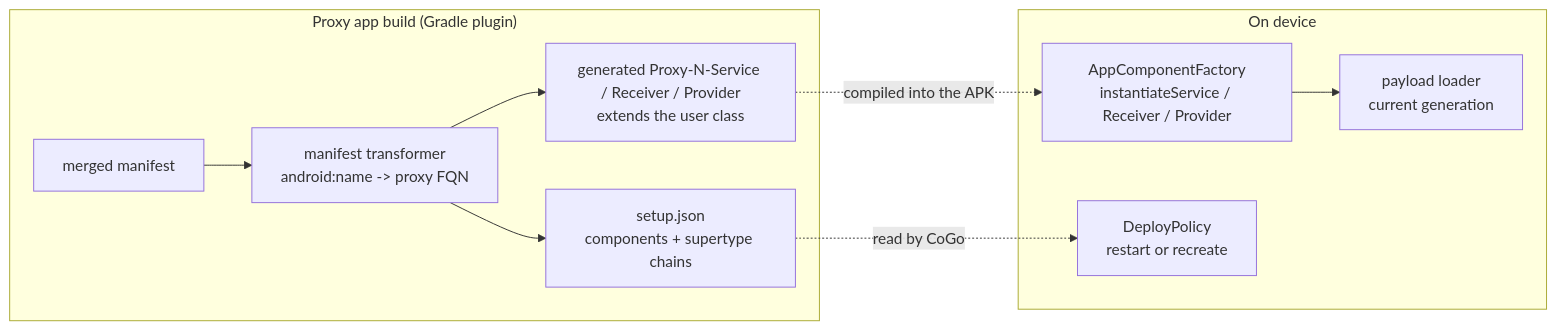
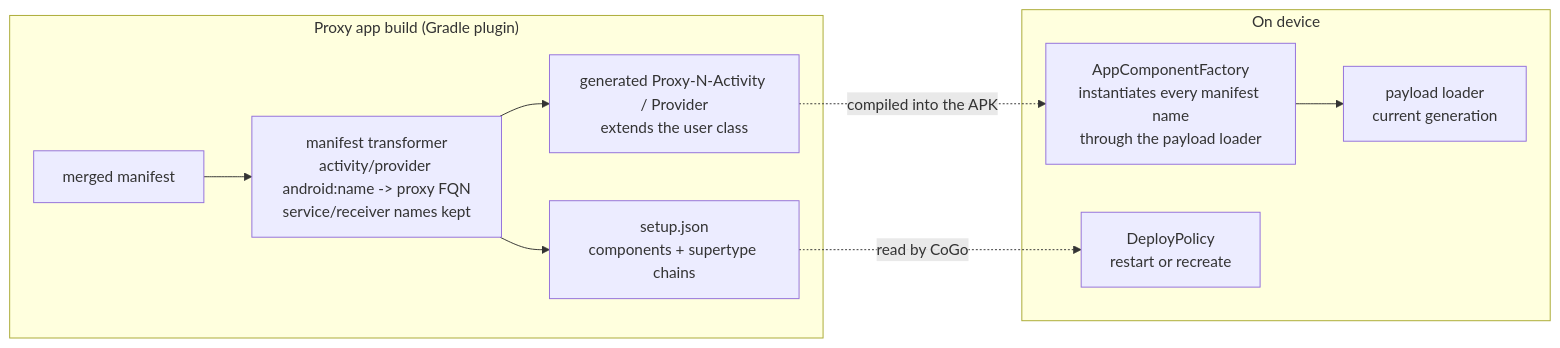
One commit to appdevforall/CodeOnTheGo changed the first of 2 diagrams in quickbuild/docs/component-proxying-design.md. Above: the diagram before and after it, drawn with Mermaid. The commit also changed other lines of this file and 38 other files, not shown here.

First line of the commit message:
ADFA-4128 (10/11): gradle-plugin — generating the proxy app (#1722)

````diff
--- a/quickbuild/docs/component-proxying-design.md
+++ b/quickbuild/docs/component-proxying-design.md
@@ -67,13 +85,13 @@
 ```mermaid
 flowchart LR
     subgraph build["Proxy app build (Gradle plugin)"]
-        MM["merged manifest"] --> TR["manifest transformer<br/>android:name -> proxy FQN"]
-        TR --> GEN["generated Proxy-N-Service / Receiver / Provider<br/>extends the user class"]
+        MM["merged manifest"] --> TR["manifest transformer<br/>activity/provider android:name -> proxy FQN<br/>service/receiver names kept"]
+        TR --> GEN["generated Proxy-N-Activity / Provider<br/>extends the user class"]
         TR --> SJ["setup.json<br/>components + supertype chains"]
     end
     subgraph device["On device"]
-        GEN -. compiled into the APK .-> FAC["AppComponentFactory<br/>instantiateService / Receiver / Provider"]
+        GEN -. compiled into the APK .-> FAC["AppComponentFactory<br/>instantiates every manifest name<br/>through the payload loader"]
         FAC --> PL["payload loader<br/>current generation"]
         SJ -. read by CoGo .-> DP["DeployPolicy<br/>restart or recreate"]
     end
 ```
````
